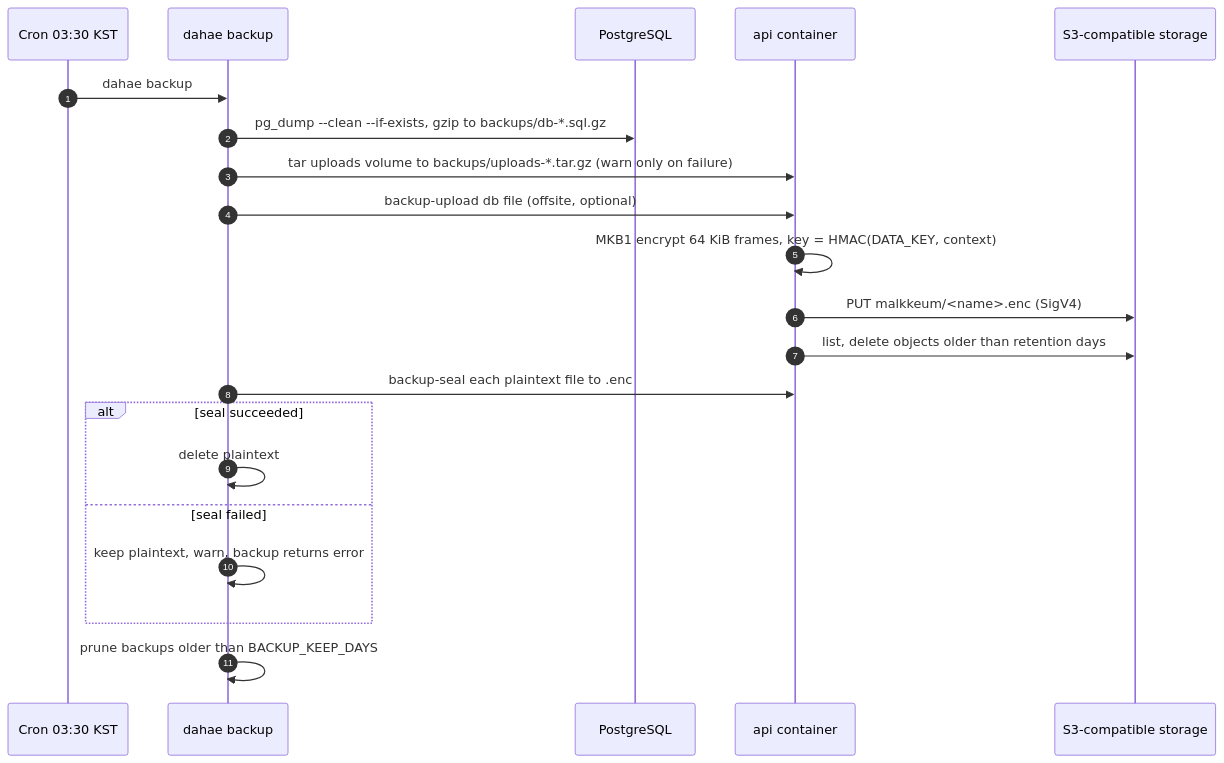
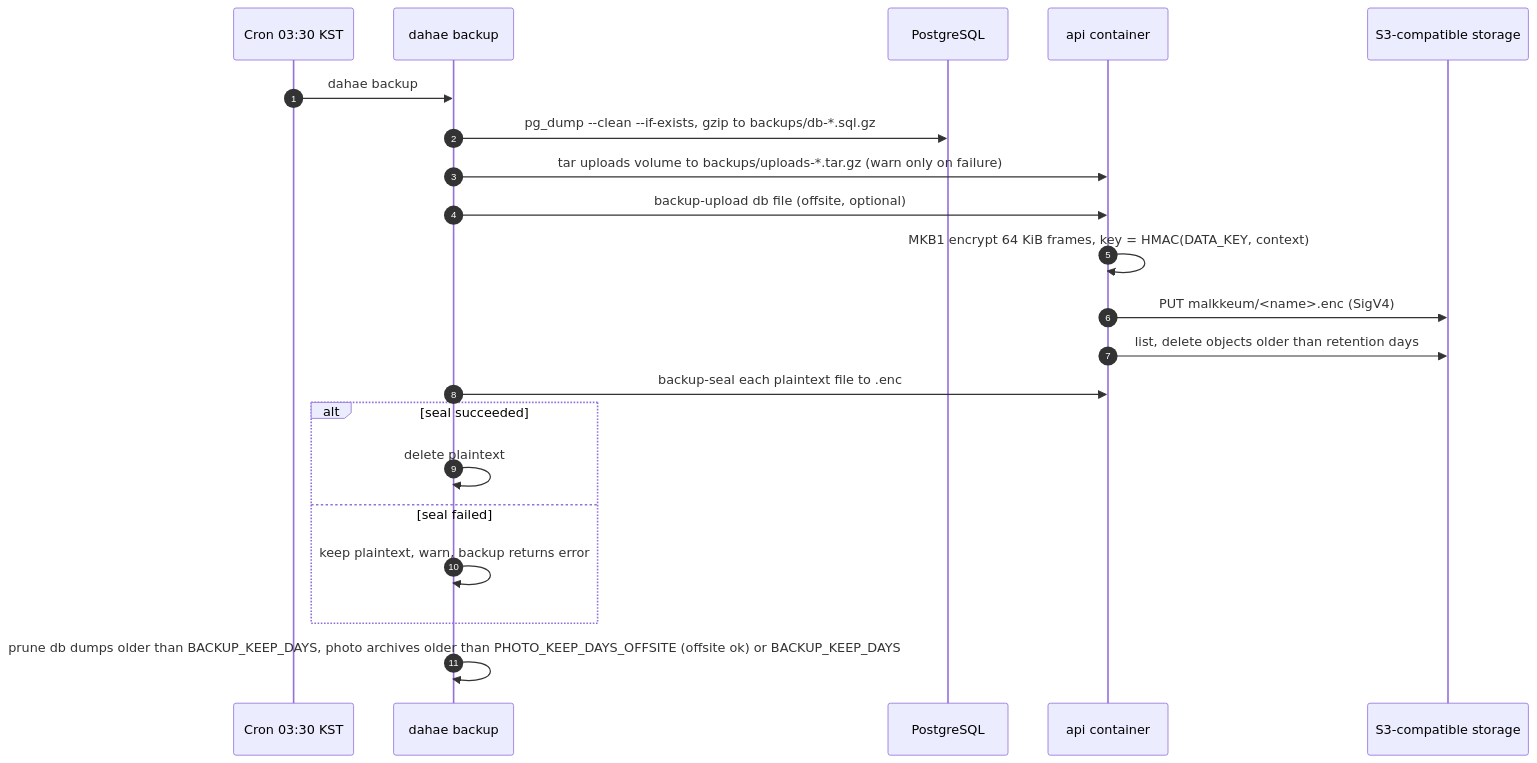
One commit to EricWijesinghe/Dahae changed the sixth of 7 diagrams in docs/ARCHITECTURE.md. Above: the diagram before and after it, drawn with Mermaid. The commit also changed other lines of this file and 12 other files, not shown here.

````diff
--- a/docs/ARCHITECTURE.md
+++ b/docs/ARCHITECTURE.md
@@ -356,23 +356,23 @@
 ```mermaid
 sequenceDiagram
   autonumber
   participant CRON as Cron 03:30 KST
   participant SH as dahae backup
   participant DB as PostgreSQL
   participant API as api container
   participant S3 as S3-compatible storage
   CRON->>SH: dahae backup
   SH->>DB: pg_dump --clean --if-exists, gzip to backups/db-*.sql.gz
   SH->>API: tar uploads volume to backups/uploads-*.tar.gz (warn only on failure)
   SH->>API: backup-upload db file (offsite, optional)
   API->>API: MKB1 encrypt 64 KiB frames, key = HMAC(DATA_KEY, context)
   API->>S3: PUT malkkeum/<name>.enc (SigV4)
   API->>S3: list, delete objects older than retention days
   SH->>API: backup-seal each plaintext file to .enc
   alt seal succeeded
     SH->>SH: delete plaintext
   else seal failed
     SH->>SH: keep plaintext, warn, backup returns error
   end
-  SH->>SH: prune backups older than BACKUP_KEEP_DAYS
+  SH->>SH: prune db dumps older than BACKUP_KEEP_DAYS, photo archives older than PHOTO_KEEP_DAYS_OFFSITE (offsite ok) or BACKUP_KEEP_DAYS
 ```
````
